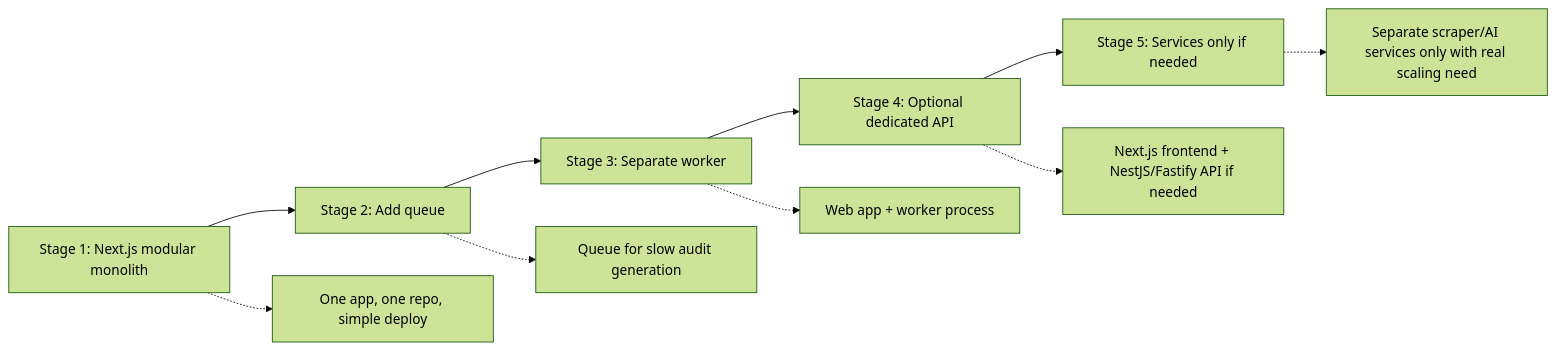
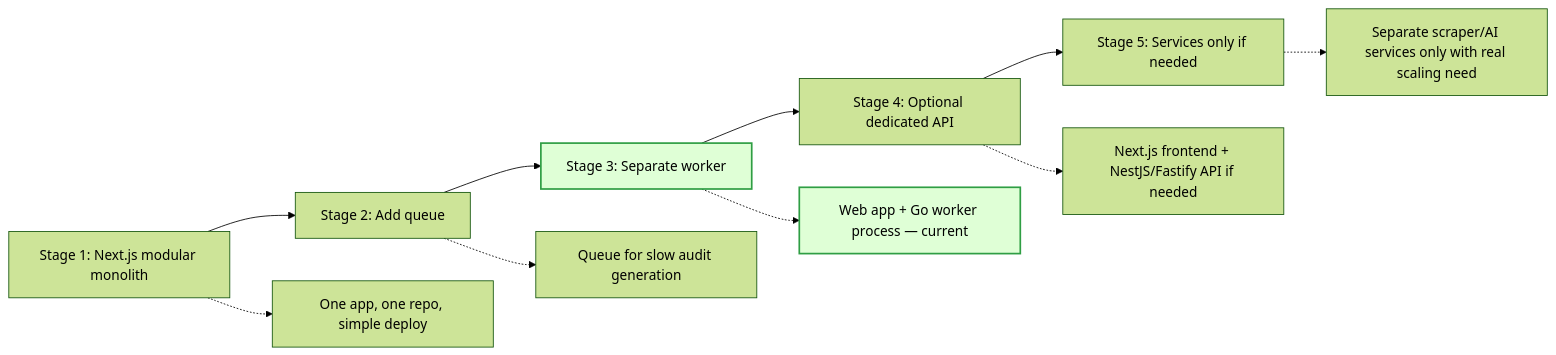
The eighth of 12 diagrams in docs/ARCHITECTURE.md (Luxion07/sitegap-ai), drawn with Mermaid (forest theme) before and after one commit. The commit also changed other lines of this file and 1 other file, not shown here.

First line of the commit message:
docs(architecture): make the Go worker stage the current design

````diff
--- a/docs/ARCHITECTURE.md
+++ b/docs/ARCHITECTURE.md
@@ -238,22 +273,25 @@
 ```mermaid
 flowchart LR
   Stage1[Stage 1: Next.js modular monolith]
   Stage2[Stage 2: Add queue]
   Stage3[Stage 3: Separate worker]
   Stage4[Stage 4: Optional dedicated API]
   Stage5[Stage 5: Services only if needed]
 
   Stage1 --> Stage2 --> Stage3 --> Stage4 --> Stage5
 
   Stage1Note[One app, one repo, simple deploy]
   Stage2Note[Queue for slow audit generation]
-  Stage3Note[Web app + worker process]
+  Stage3Note[Web app + Go worker process — current]
   Stage4Note[Next.js frontend + NestJS/Fastify API if needed]
   Stage5Note[Separate scraper/AI services only with real scaling need]
 
   Stage1 -.-> Stage1Note
   Stage2 -.-> Stage2Note
   Stage3 -.-> Stage3Note
   Stage4 -.-> Stage4Note
   Stage5 -.-> Stage5Note
+
+  classDef current fill:#dfffd6,stroke:#2f9e44,stroke-width:2px;
+  class Stage3,Stage3Note current
 ```
````
